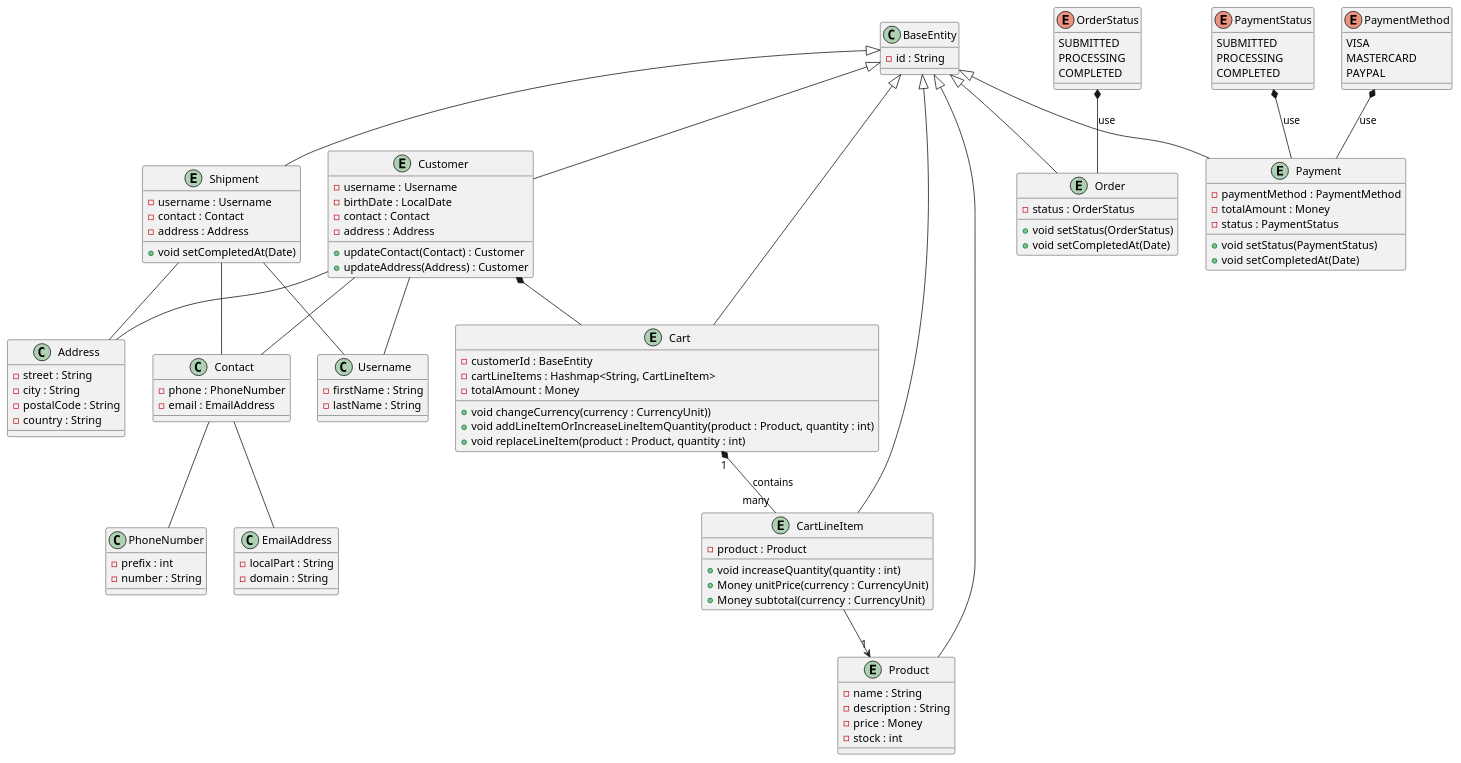
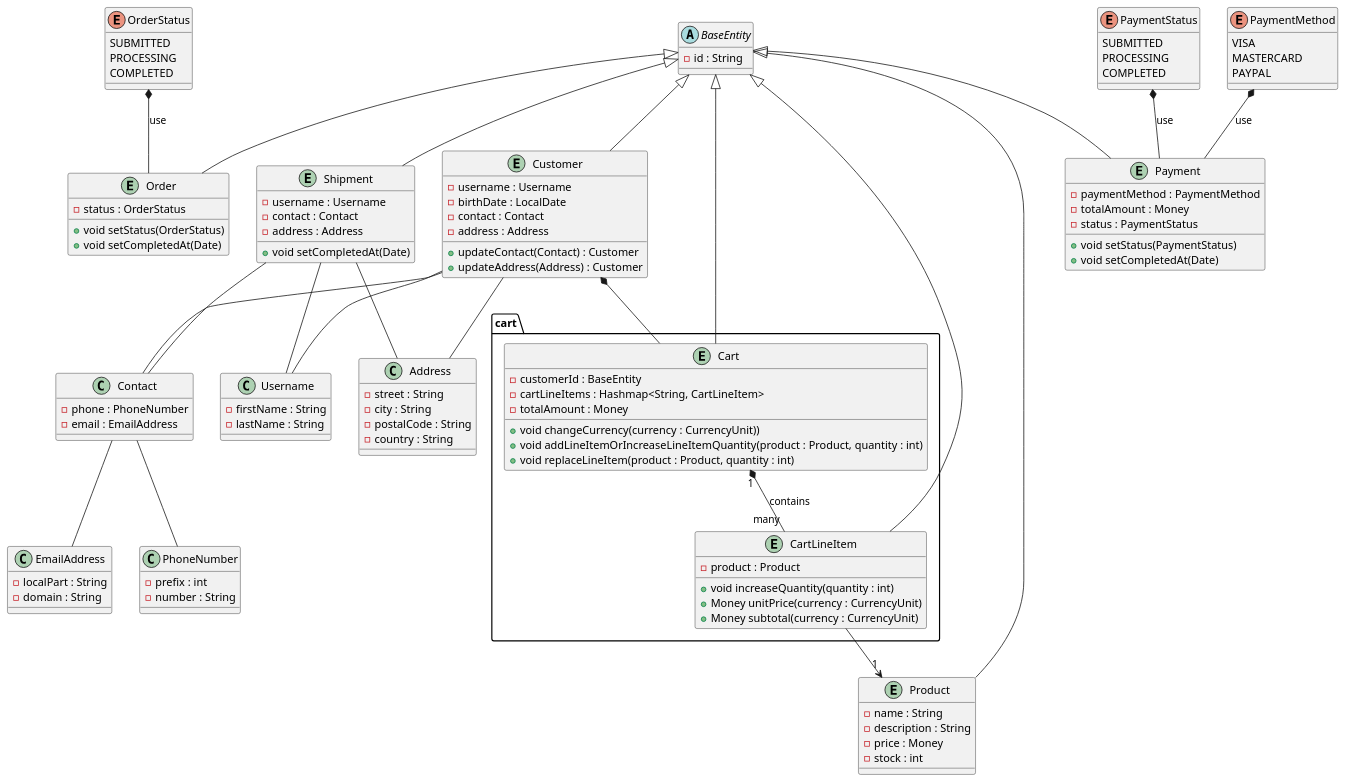
Before and after one commit to kagokla/lexailec-store: the diagram in doc/domain_model_diagram.puml, drawn with PlantUML.

```diff
--- a/doc/domain_model_diagram.puml
+++ b/doc/domain_model_diagram.puml
@@ -1,123 +1,123 @@
 @startuml
 'https://plantuml.com/class-diagram
 
 
-class BaseEntity {
+abstract class BaseEntity {
 - id : String
 }
 
 class PhoneNumber {
 - prefix : int
 - number : String
 }
 
 class EmailAddress {
 - localPart : String
 - domain : String
 }
 
 class Contact {
 - phone : PhoneNumber
 - email : EmailAddress
 }
 
 class Address {
 - street : String
 - city : String
 - postalCode : String
 - country : String
 }
 
 class Username {
 - firstName : String
 - lastName : String
 }
 
 entity Customer extends BaseEntity {
 - username : Username
 - birthDate : LocalDate
 - contact : Contact
 - address : Address
 + updateContact(Contact) : Customer
 + updateAddress(Address) : Customer
 }
 
 entity Product extends BaseEntity {
 - name : String
 - description : String
 - price : Money
 - stock : int
 }
 
 enum PaymentStatus {
 SUBMITTED
 PROCESSING
 COMPLETED
 }
 
 enum PaymentMethod {
 VISA
 MASTERCARD
 PAYPAL
 }
 
 entity Payment extends BaseEntity {
 - paymentMethod : PaymentMethod
 - totalAmount : Money
 - status : PaymentStatus
 + void setStatus(PaymentStatus)
 + void setCompletedAt(Date)
 }
 
 
 entity Shipment extends BaseEntity {
 - username : Username
 - contact : Contact
 - address : Address
 + void setCompletedAt(Date)
 }
 
-entity CartLineItem extends BaseEntity {
+entity cart.CartLineItem extends BaseEntity {
 - product : Product
 + void increaseQuantity(quantity : int)
 + Money unitPrice(currency : CurrencyUnit)
 + Money subtotal(currency : CurrencyUnit)
 }
 
-entity Cart extends BaseEntity {
+entity cart.Cart extends BaseEntity {
 - customerId : BaseEntity
 - cartLineItems : Hashmap<String, CartLineItem>
 - totalAmount : Money
 + void changeCurrency(currency : CurrencyUnit))
 + void addLineItemOrIncreaseLineItemQuantity(product : Product, quantity : int)
 + void replaceLineItem(product : Product, quantity : int)
 }
 
 enum OrderStatus {
 SUBMITTED
 PROCESSING
 COMPLETED
 }
 
 entity Order extends BaseEntity {
 - status : OrderStatus
 + void setStatus(OrderStatus)
 + void setCompletedAt(Date)
 }
 
 CartLineItem --> "1" Product
 Cart "1" *-- "many" CartLineItem : contains
 Customer *-- Cart
 OrderStatus *-- Order : use
 PaymentStatus *-- Payment : use
 PaymentMethod *-- Payment : use
 Contact -- PhoneNumber
 Contact -- EmailAddress
 Customer -- Contact
 Customer -- Username
 Customer -- Address
 Shipment -- Contact
 Shipment -- Username
 Shipment -- Address
 
 @enduml
```
